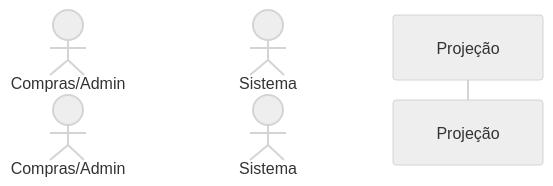
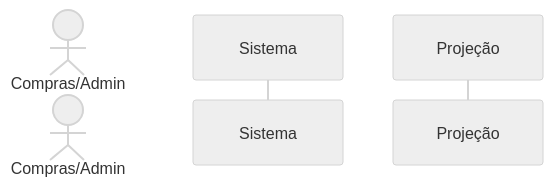
The diagram in DiagramaSequencia/Item/ProjCompras.md (branqsMRP/SequenceDiagram), drawn with Mermaid (neutral theme) before and after one commit. The commit also changed 2 other files, not shown here.

Commit message:
commit 1.4

`````diff
--- a/DiagramaSequencia/Item/ProjCompras.md
+++ b/DiagramaSequencia/Item/ProjCompras.md
@@ -1,9 +1,9 @@
 ````mermaid
 sequenceDiagram
 
 % diagrama da tela de Projeção de Compras
 
     actor Compras/Admin
-    actor Sistema
+    participant Sistema
     participant P as Projeção
 ````
`````
